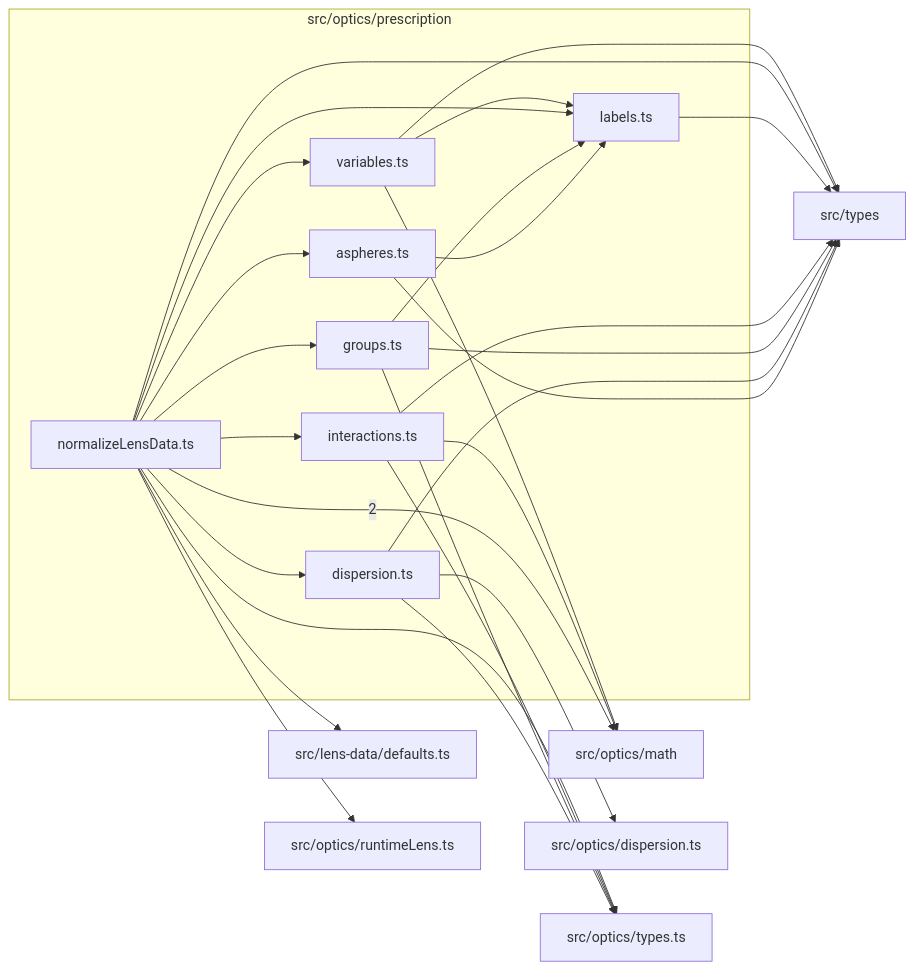
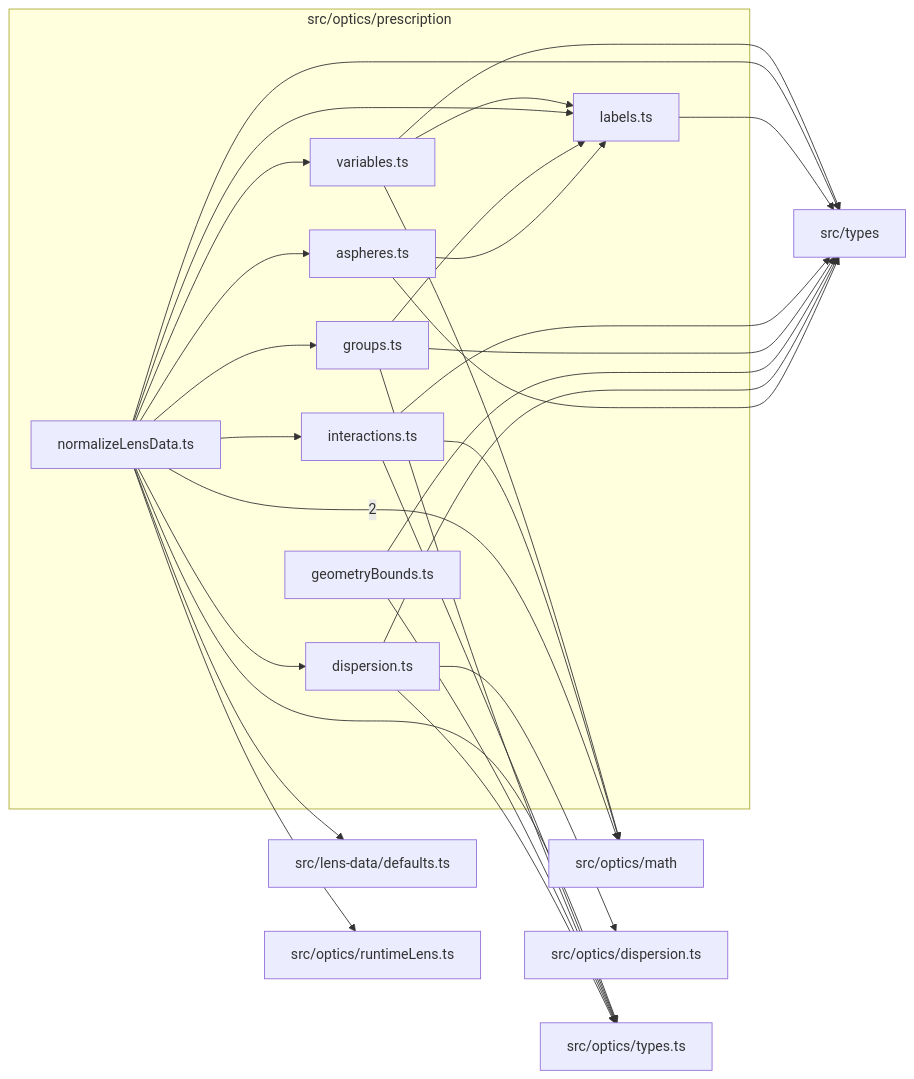
One commit to ronbuening/LensVisualizer changed the diagram in src/optics/prescription/readme.md. Above: the diagram before and after it, drawn with Mermaid. The commit also changed other lines of this file and 16 other files, not shown here.

````diff
--- a/src/optics/prescription/readme.md
+++ b/src/optics/prescription/readme.md
@@ -9,44 +9,47 @@
 ```mermaid
 flowchart LR
   subgraph n_src_optics_prescription["src/optics/prescription"]
     n_src_optics_prescription_src_optics_prescription_aspheres_ts["aspheres.ts"]
     n_src_optics_prescription_src_optics_prescription_dispersion_ts["dispersion.ts"]
+    n_src_optics_prescription_src_optics_prescription_geometryBounds_ts["geometryBounds.ts"]
     n_src_optics_prescription_src_optics_prescription_groups_ts["groups.ts"]
     n_src_optics_prescription_src_optics_prescription_interactions_ts["interactions.ts"]
     n_src_optics_prescription_src_optics_prescription_labels_ts["labels.ts"]
     n_src_optics_prescription_src_optics_prescription_normalizeLensData_ts["normalizeLensData.ts"]
     n_src_optics_prescription_src_optics_prescription_variables_ts["variables.ts"]
   end
   n_external_src_optics_math["src/optics/math"]
   n_external_src_lens_data_defaults_ts["src/lens-data/defaults.ts"]
   n_external_src_optics_dispersion_ts["src/optics/dispersion.ts"]
   n_external_src_optics_runtimeLens_ts["src/optics/runtimeLens.ts"]
   n_external_src_optics_types_ts["src/optics/types.ts"]
   n_external_src_types["src/types"]
   n_src_optics_prescription_src_optics_prescription_normalizeLensData_ts --> |2| n_external_src_optics_math
   n_src_optics_prescription_src_optics_prescription_normalizeLensData_ts --> n_external_src_lens_data_defaults_ts
   n_src_optics_prescription_src_optics_prescription_dispersion_ts --> n_external_src_optics_dispersion_ts
   n_src_optics_prescription_src_optics_prescription_interactions_ts --> n_external_src_optics_math
   n_src_optics_prescription_src_optics_prescription_variables_ts --> n_external_src_optics_math
   n_src_optics_prescription_src_optics_prescription_normalizeLensData_ts --> n_external_src_optics_runtimeLens_ts
   n_src_optics_prescription_src_optics_prescription_dispersion_ts --> n_external_src_optics_types_ts
+  n_src_optics_prescription_src_optics_prescription_geometryBounds_ts --> n_external_src_optics_types_ts
   n_src_optics_prescription_src_optics_prescription_groups_ts --> n_external_src_optics_types_ts
   n_src_optics_prescription_src_optics_prescription_interactions_ts --> n_external_src_optics_types_ts
   n_src_optics_prescription_src_optics_prescription_normalizeLensData_ts --> n_external_src_optics_types_ts
   n_src_optics_prescription_src_optics_prescription_aspheres_ts --> n_external_src_types
   n_src_optics_prescription_src_optics_prescription_dispersion_ts --> n_external_src_types
+  n_src_optics_prescription_src_optics_prescription_geometryBounds_ts --> n_external_src_types
   n_src_optics_prescription_src_optics_prescription_groups_ts --> n_external_src_types
   n_src_optics_prescription_src_optics_prescription_interactions_ts --> n_external_src_types
   n_src_optics_prescription_src_optics_prescription_labels_ts --> n_external_src_types
   n_src_optics_prescription_src_optics_prescription_normalizeLensData_ts --> n_external_src_types
   n_src_optics_prescription_src_optics_prescription_variables_ts --> n_external_src_types
   n_src_optics_prescription_src_optics_prescription_normalizeLensData_ts --> n_src_optics_prescription_src_optics_prescription_aspheres_ts
   n_src_optics_prescription_src_optics_prescription_normalizeLensData_ts --> n_src_optics_prescription_src_optics_prescription_dispersion_ts
   n_src_optics_prescription_src_optics_prescription_normalizeLensData_ts --> n_src_optics_prescription_src_optics_prescription_groups_ts
   n_src_optics_prescription_src_optics_prescription_normalizeLensData_ts --> n_src_optics_prescription_src_optics_prescription_interactions_ts
   n_src_optics_prescription_src_optics_prescription_aspheres_ts --> n_src_optics_prescription_src_optics_prescription_labels_ts
   n_src_optics_prescription_src_optics_prescription_groups_ts --> n_src_optics_prescription_src_optics_prescription_labels_ts
   n_src_optics_prescription_src_optics_prescription_normalizeLensData_ts --> n_src_optics_prescription_src_optics_prescription_labels_ts
   n_src_optics_prescription_src_optics_prescription_variables_ts --> n_src_optics_prescription_src_optics_prescription_labels_ts
   n_src_optics_prescription_src_optics_prescription_normalizeLensData_ts --> n_src_optics_prescription_src_optics_prescription_variables_ts
 ```
````
